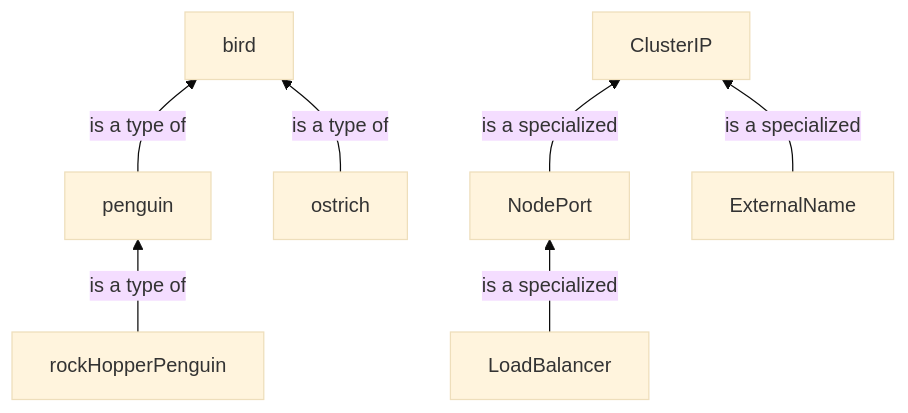
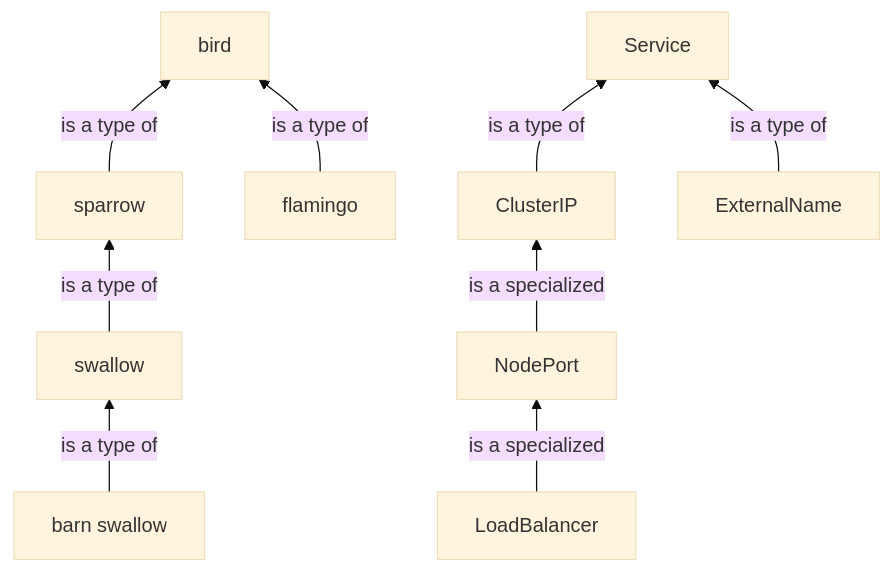
One commit to amcginlay/k8s-primer changed the fifth of 5 diagrams in content/023_services/_index.md. Above: the diagram before and after it, drawn with Mermaid (base theme). The commit also changed other lines of this file, not shown here.

Commit message:
revised Service type summary, Venn, and taxonomy

```diff
--- a/content/023_services/_index.md
+++ b/content/023_services/_index.md
@@ -339,12 +344,15 @@
 {{< mermaid >}}
 graph BT
-bird & ClusterIP
-penguin & ostrich & NodePort & ExternalName
-rockHopperPenguin
-rockHopperPenguin -->|is a type of| penguin
-penguin -->|is a type of| bird
-ostrich -->|is a type of| bird
+bird & Service
+sparrow & flamingo & ClusterIP & ExternalName
+swallow & NodePort 
+barnSwallow[barn swallow] & LoadBalancer
+barnSwallow -->|is a type of| swallow
+swallow -->|is a type of| sparrow
+sparrow -->|is a type of| bird
+flamingo -->|is a type of| bird
 LoadBalancer -->|is a specialized| NodePort
 NodePort -->|is a specialized| ClusterIP
-ExternalName -->|is a specialized| ClusterIP
+ClusterIP -->|is a type of| Service
+ExternalName -->|is a type of| Service
 {{< /mermaid >}}
```
